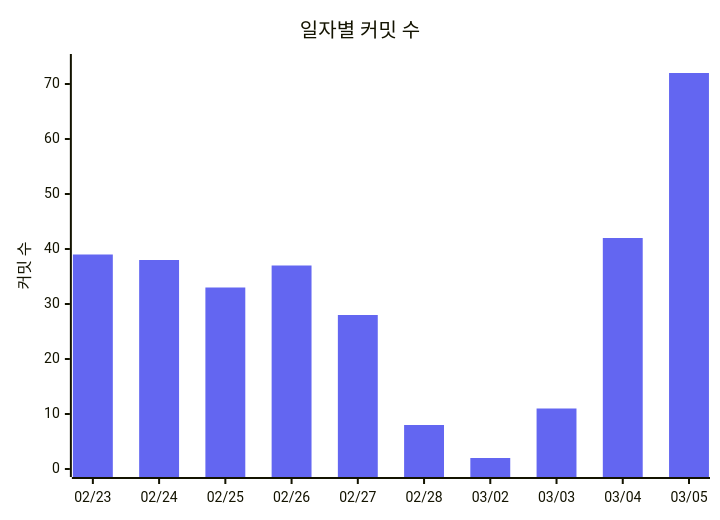
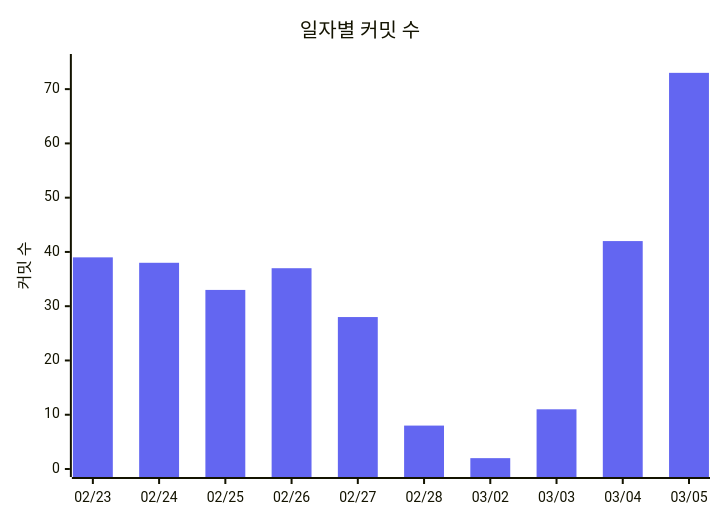
The fourth of 4 diagrams in README.md (3rd-project-team-1/ALYAC-market-team1), drawn with Mermaid before and after one commit. The commit also changed other lines of this file, not shown here.

Commit message:
docs: 커밋 활동 차트 자동 업데이트 [skip ci]

````diff
--- a/README.md
+++ b/README.md
@@ -452,12 +452,12 @@
 ```mermaid
 %%{init: { 'theme': 'base', 'themeVariables': {
   'xyChart': {
     'plotColorPalette': '#6366f1'
   }
 } } }%%
 xychart-beta
   title "일자별 커밋 수"
   x-axis ["02/23", "02/24", "02/25", "02/26", "02/27", "02/28", "03/02", "03/03", "03/04", "03/05"]
-  y-axis "커밋 수" 0 --> 74
-  bar [39, 38, 33, 37, 28, 8, 2, 11, 42, 72]
+  y-axis "커밋 수" 0 --> 75
+  bar [39, 38, 33, 37, 28, 8, 2, 11, 42, 73]
 ```
````
